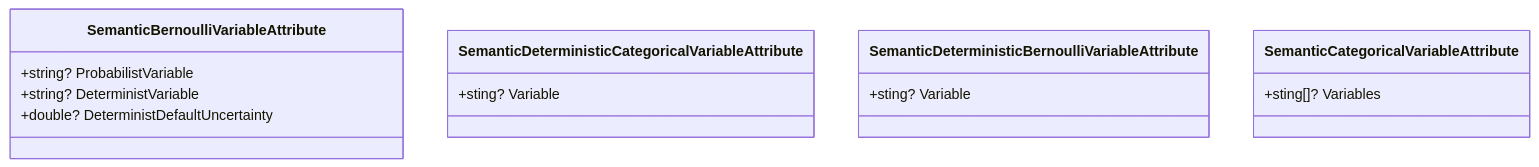
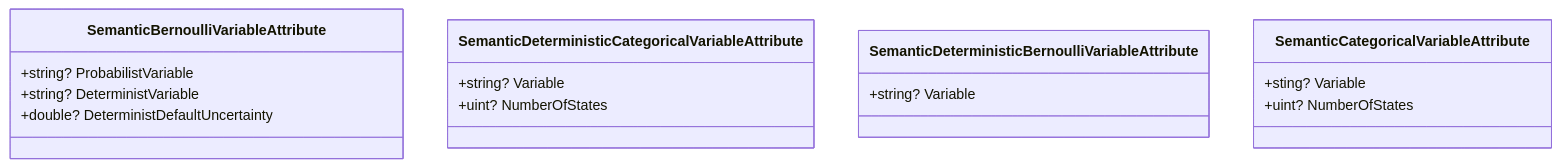
Before and after one commit to Open-Source-Drilling-Community/DotNetLibraries: the seventh of 10 diagrams in OSDC.DotnetLibraries.General/OSDC.DotnetLibraries.Drilling.DrillingProperties/readme.md, drawn with Mermaid. The commit also changed other lines of this file and 6 other files, not shown here.

````diff
--- a/OSDC.DotnetLibraries.General/OSDC.DotnetLibraries.Drilling.DrillingProperties/readme.md
+++ b/OSDC.DotnetLibraries.General/OSDC.DotnetLibraries.Drilling.DrillingProperties/readme.md
@@ -363,17 +362,19 @@
 ```mermaid
 classDiagram
    class SemanticBernoulliVariableAttribute {
         +string? ProbabilistVariable
         +string? DeterministVariable
         +double? DeterministDefaultUncertainty
    }
    class SemanticDeterministicCategoricalVariableAttribute {
-        +sting? Variable
+        +string? Variable
+        +uint? NumberOfStates
    }
    class SemanticDeterministicBernoulliVariableAttribute {
-        +sting? Variable
+        +string? Variable
    }
    class SemanticCategoricalVariableAttribute {
-        +sting[]? Variables
+        +sting? Variable
+        +uint? NumberOfStates
    }
 ```
````
